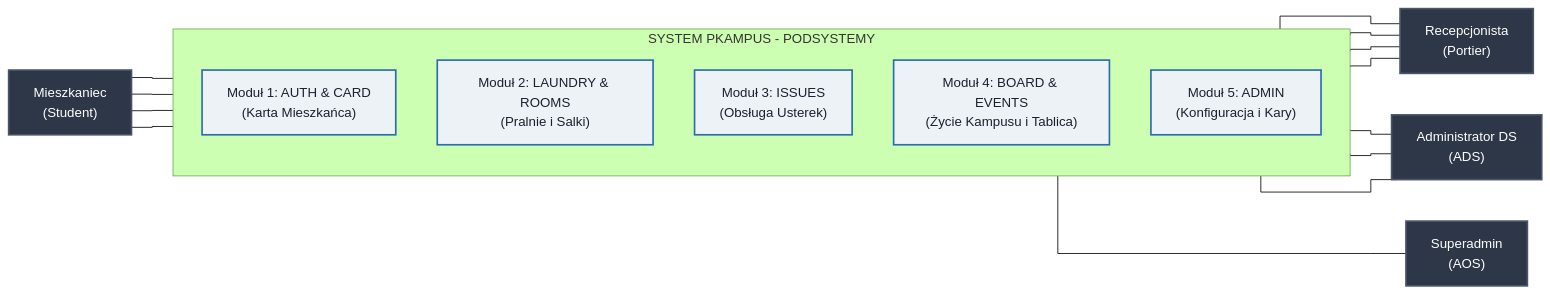
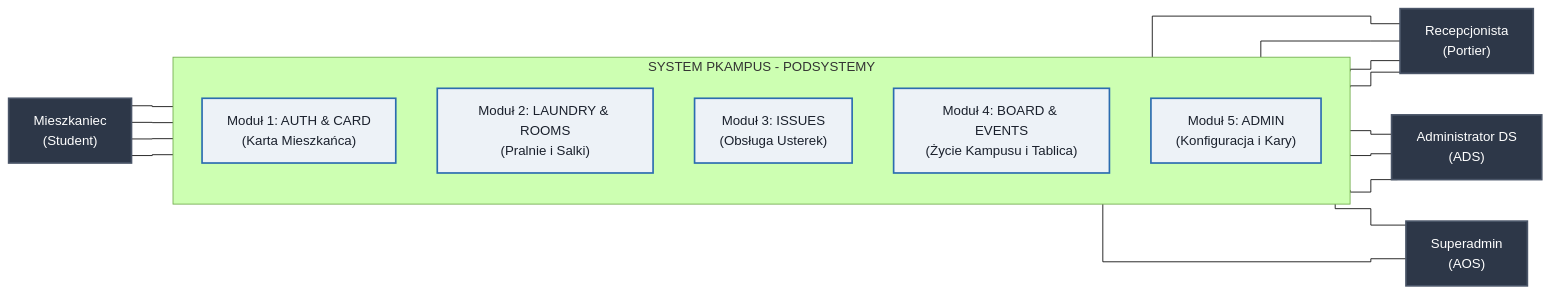
The first of 8 diagrams in Docs/Diagramy_Przypadkow_Uzycia.md (Buczy8/PKampus), drawn with Mermaid (forest theme) before and after one commit. The commit also changed other lines of this file and 5 other files, not shown here.

Commit message:
docs: update C4 diagrams and ERD to clarify roles and interactions, including Superadmin responsibilities and user registration details

````diff
--- a/Docs/Diagramy_Przypadkow_Uzycia.md
+++ b/Docs/Diagramy_Przypadkow_Uzycia.md
@@ -17,40 +17,41 @@
 ```mermaid
 %%{init: {'flowchart': {'curve': 'stepBefore'}}}%%
 flowchart LR
     classDef studentStyle fill:#2d3748,stroke:#4a5568,stroke-width:2px,color:#fff;
     classDef staffStyle fill:#2d3748,stroke:#4a5568,stroke-width:2px,color:#fff;
     classDef moduleStyle fill:#edf2f7,stroke:#2b6cb0,stroke-width:2px,color:#1a202c;
 
     Student["Mieszkaniec<br/>(Student)"]:::studentStyle
 
     subgraph Granica_Systemu ["SYSTEM PKAMPUS - PODSYSTEMY"]
         direction TB
         M1["Moduł 1: AUTH & CARD<br/>(Karta Mieszkańca)"]:::moduleStyle
         M2["Moduł 2: LAUNDRY & ROOMS<br/>(Pralnie i Salki)"]:::moduleStyle
         M3["Moduł 3: ISSUES<br/>(Obsługa Usterek)"]:::moduleStyle
         M4["Moduł 4: BOARD & EVENTS<br/>(Życie Kampusu i Tablica)"]:::moduleStyle
         M5["Moduł 5: ADMIN<br/>(Konfiguracja i Kary)"]:::moduleStyle
     end
 
     Portier["Recepcjonista<br/>(Portier)"]:::staffStyle
     AdminDS["Administrator DS<br/>(ADS)"]:::staffStyle
     SuperAdmin["Superadmin<br/>(AOS)"]:::staffStyle
 
     %% Relacje Mieszkańca (lewa strona)
     Student --- M1
     Student --- M2
     Student --- M3
     Student --- M4
 
     %% Relacje Portiera (prawa strona - operacje codzienne i dyżurne)
     M1 --- Portier
     M2 --- Portier
     M3 --- Portier
     M4 --- Portier
 
     %% Relacje Administracji (prawa strona - nadzór i konfiguracja)
     M2 --- AdminDS
     M4 --- AdminDS
+    M4 --- SuperAdmin
     M5 --- AdminDS
     M5 --- SuperAdmin
 ```
````
